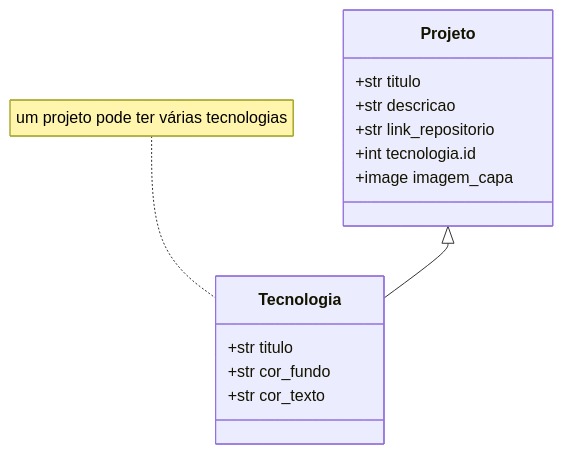
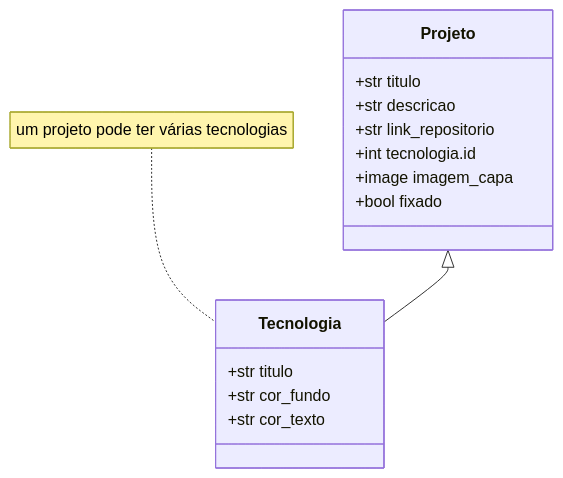
Before and after one commit to igorpaula7/portifolio: the diagram in README.md, drawn with Mermaid. The commit also changed other lines of this file, not shown here.

````diff
--- a/README.md
+++ b/README.md
@@ -79,21 +128,22 @@
 ```mermaid
 classDiagram
 
     class Tecnologia {
       +str titulo
       +str cor_fundo
       +str cor_texto
     }
 
     class Projeto {
         +str titulo
         +str descricao
         +str link_repositorio
         +int tecnologia.id
         +image imagem_capa
+        +bool fixado
     }
 
   Projeto <|-- Tecnologia
 
   note for Tecnologia "um projeto pode ter várias tecnologias"
 ```
````
